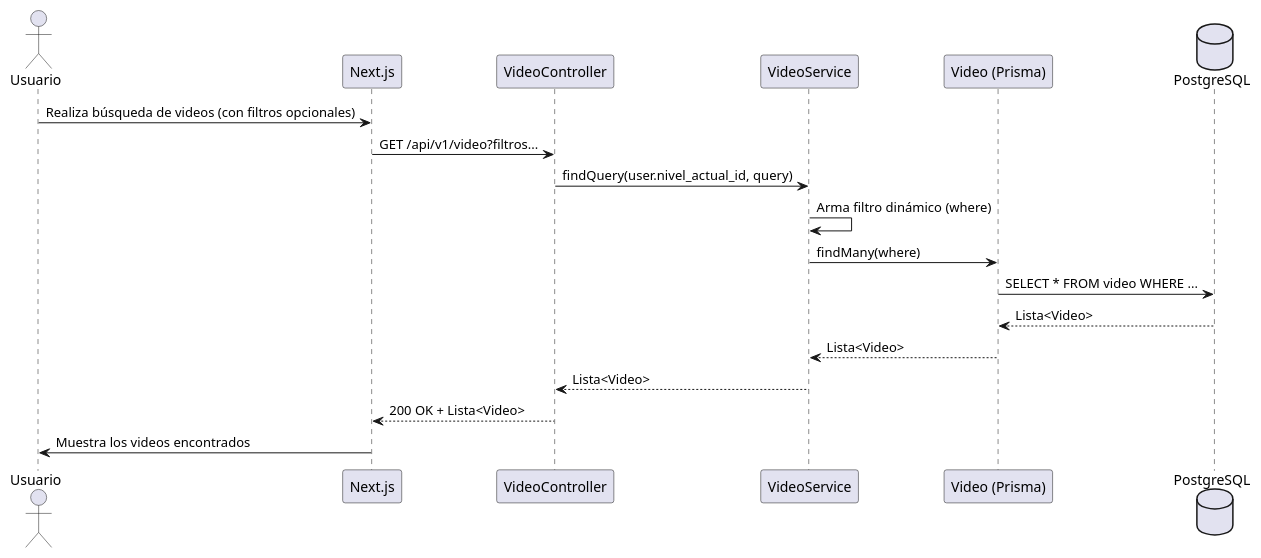
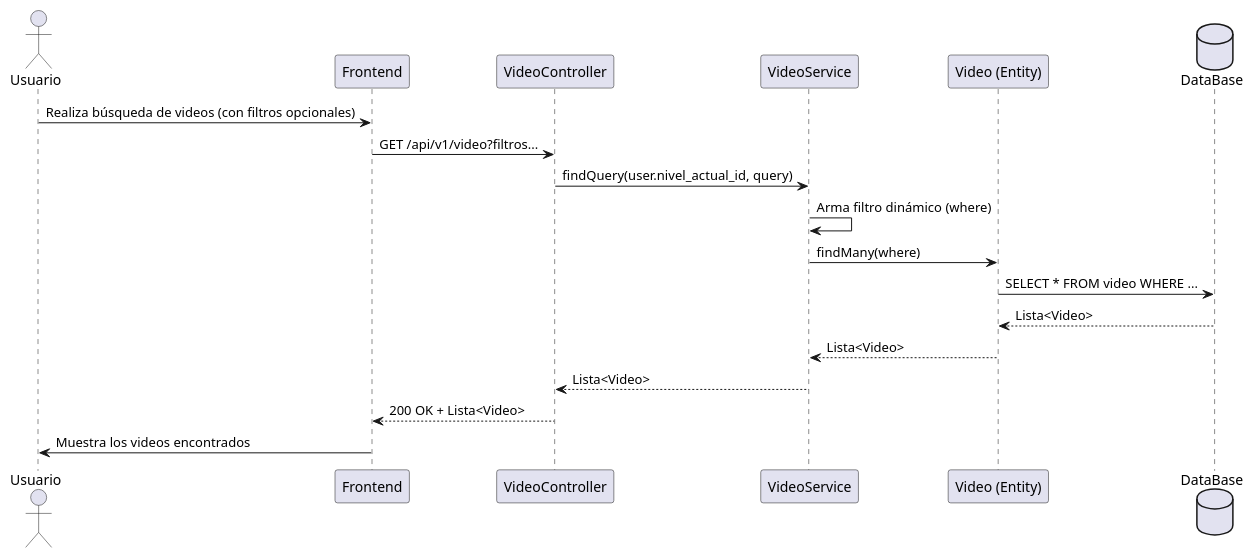
One commit to Gabriel-Baluzzo/vital-move-back changed the diagram in diagramas/dfGetVideos.puml. Above: the diagram before and after it, drawn with PlantUML. The commit also changed 7 other files, not shown here.

Commit message:
agrego diagramas restantes

```diff
--- a/diagramas/dfGetVideos.puml
+++ b/diagramas/dfGetVideos.puml
@@ -1,21 +1,21 @@
 @startuml VideoFilter
 actor Usuario
-participant Next.js as Frontend
+participant Frontend as Frontend
 participant "VideoController" as Controller
 participant "VideoService" as VideoService
-participant "Video (Prisma)" as PrismaVideo
-database PostgreSQL
+participant "Video (Entity)" as PrismaVideo
+database DataBase
 
 Usuario -> Frontend : Realiza búsqueda de videos (con filtros opcionales)
 Frontend -> Controller : GET /api/v1/video?filtros...
 Controller -> VideoService : findQuery(user.nivel_actual_id, query)
 
 VideoService -> VideoService : Arma filtro dinámico (where)
 VideoService -> PrismaVideo : findMany(where)
-PrismaVideo -> PostgreSQL : SELECT * FROM video WHERE ...
-PostgreSQL --> PrismaVideo : Lista<Video>
+PrismaVideo -> DataBase : SELECT * FROM video WHERE ...
+DataBase --> PrismaVideo : Lista<Video>
 PrismaVideo --> VideoService : Lista<Video>
 VideoService --> Controller : Lista<Video>
 Controller --> Frontend : 200 OK + Lista<Video>
 Frontend -> Usuario : Muestra los videos encontrados
 @enduml
```
